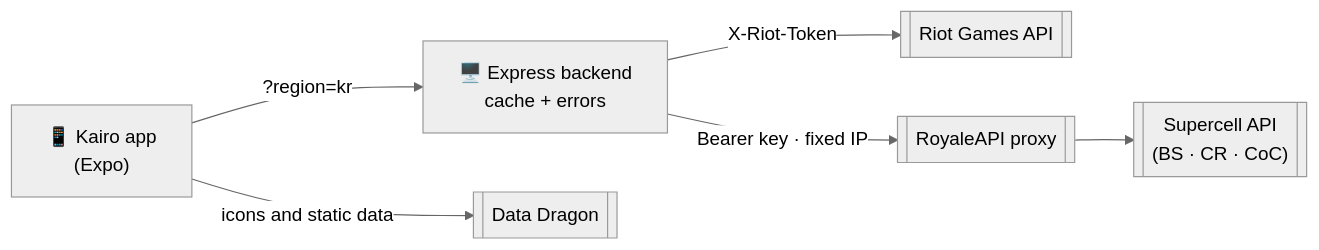
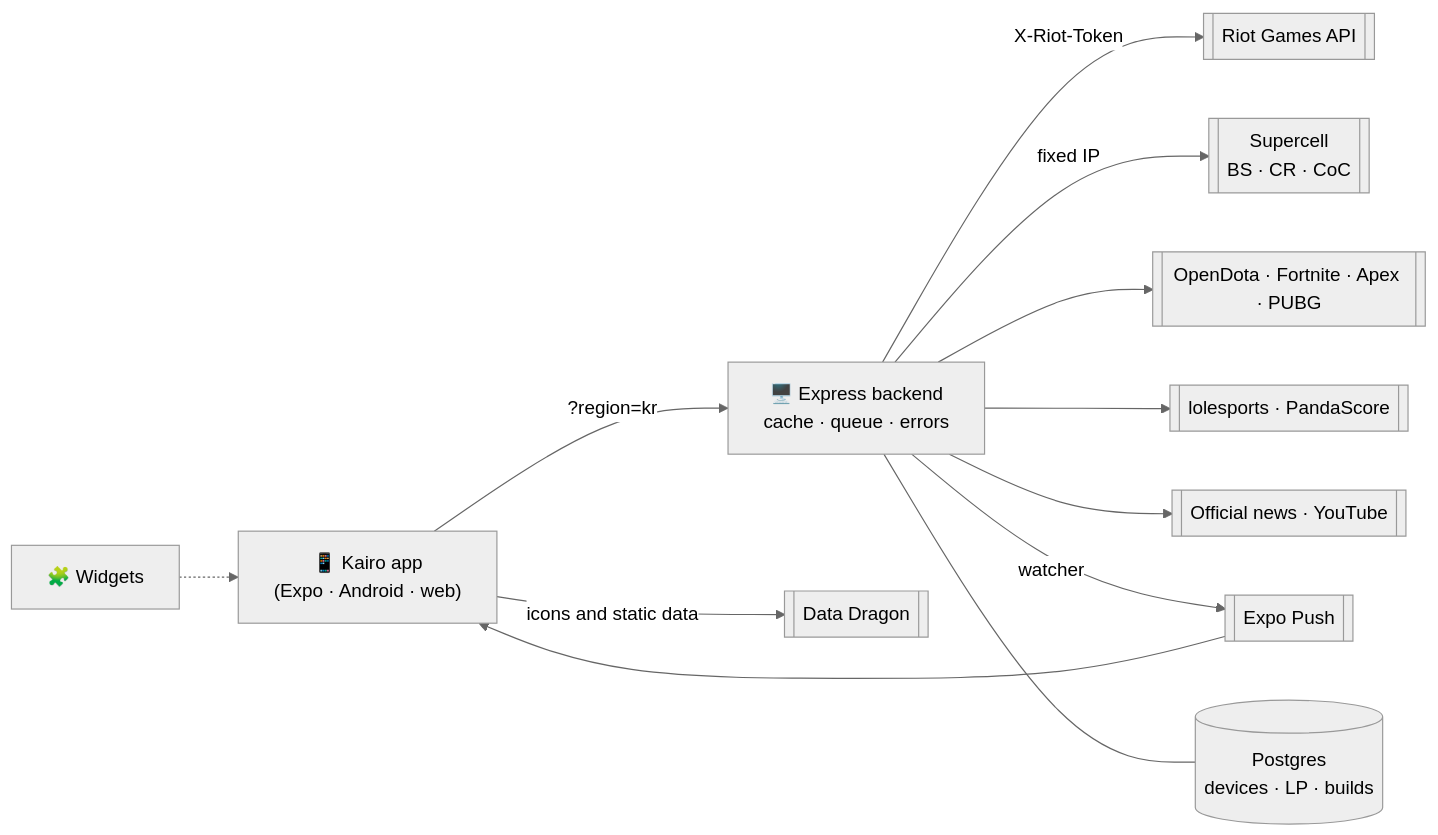
One commit to 0scar07/Kairo changed the diagram in README.en.md. Above: the diagram before and after it, drawn with Mermaid (neutral theme). The commit also changed other lines of this file and 1 other file, not shown here.

Commit message:
docs: README renovado con lo nuevo de la v1.5, widgets, 9 idiomas y la API al día (español e inglés)

````diff
--- a/README.en.md
+++ b/README.en.md
@@ -190,7 +312,13 @@
 ```mermaid
 flowchart LR
-    App["📱 Kairo app<br/>(Expo)"] -- "?region=kr" --> API["🖥️ Express backend<br/>cache + errors"]
+    App["📱 Kairo app<br/>(Expo · Android · web)"] -- "?region=kr" --> API["🖥️ Express backend<br/>cache · queue · errors"]
+    Widgets["🧩 Widgets"] -.-> App
     API -- "X-Riot-Token" --> Riot[["Riot Games API"]]
-    API -- "Bearer key · fixed IP" --> Proxy[["RoyaleAPI proxy"]] --> SC[["Supercell API<br/>(BS · CR · CoC)"]]
+    API -- "fixed IP" --> SC[["Supercell<br/>BS · CR · CoC"]]
+    API --> Others[["OpenDota · Fortnite · Apex · PUBG"]]
+    API --> Esports[["lolesports · PandaScore"]]
+    API --> Media[["Official news · YouTube"]]
+    API -- "watcher" --> Push[["Expo Push"]] --> App
+    API --- DB[("Postgres<br/>devices · LP · builds")]
     App -- "icons and static data" --> DD[["Data Dragon"]]
 ```
````
